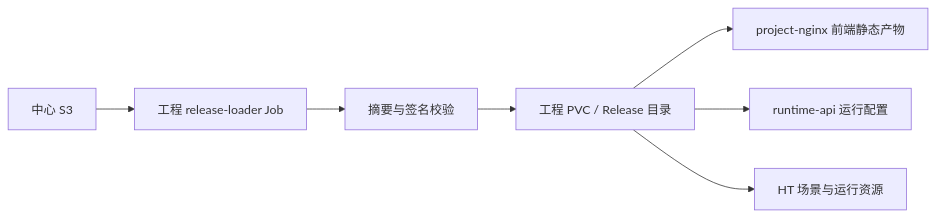
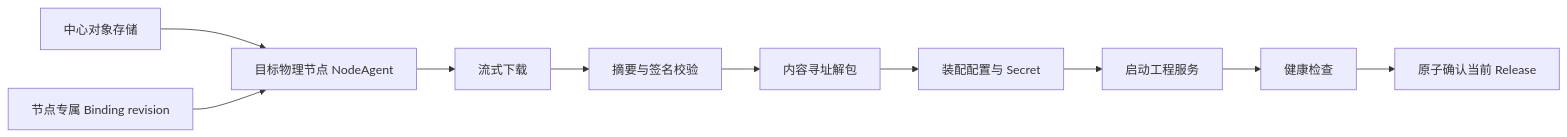
Before and after one commit to hsworld-top/InduForge: the second of 3 diagrams in docs/02-系统设计/工程发布与资源分发架构.md, drawn with Mermaid. The commit also changed other lines of this file and 9 other files, not shown here.

````diff
--- a/docs/02-系统设计/工程发布与资源分发架构.md
+++ b/docs/02-系统设计/工程发布与资源分发架构.md
@@ -58,9 +86,12 @@
 ```mermaid
 graph LR
-    S3["中心 S3"] --> Loader["工程 release-loader Job"]
-    Loader --> Verify["摘要与签名校验"]
-    Verify --> PVC["工程 PVC / Release 目录"]
-    PVC --> Nginx["project-nginx 前端静态产物"]
-    PVC --> API["runtime-api 运行配置"]
-    PVC --> Runtime["HT 场景与运行资源"]
+    Store["中心对象存储"] --> Agent["目标物理节点 NodeAgent"]
+    Binding["节点专属 Binding revision"] --> Agent
+    Agent --> Download["流式下载"]
+    Download --> Verify["摘要与签名校验"]
+    Verify --> Install["内容寻址解包"]
+    Install --> Prepare["装配配置与 Secret"]
+    Prepare --> Start["启动工程服务"]
+    Start --> Health["健康检查"]
+    Health --> Switch["原子确认当前 Release"]
 ```
````
